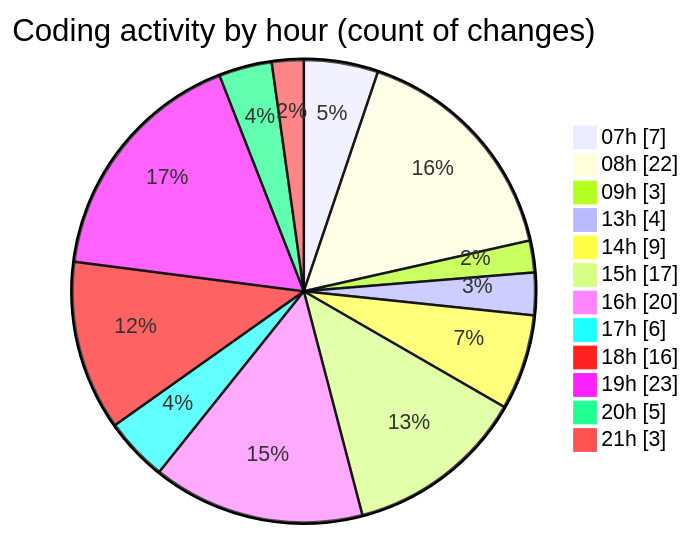
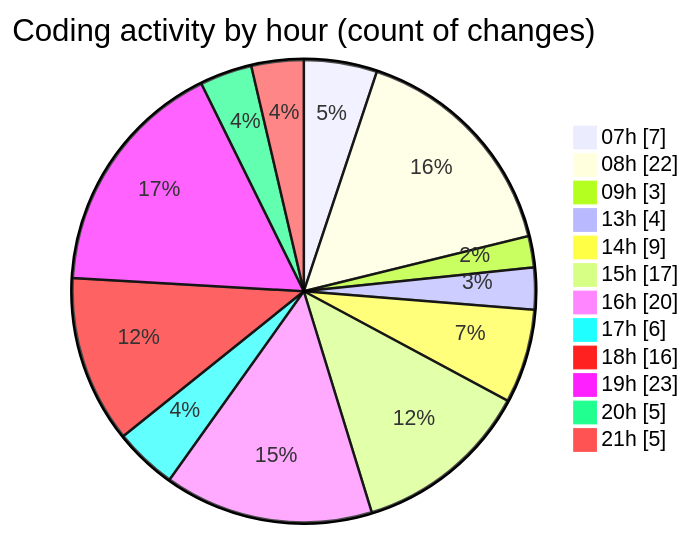
The second of 2 diagrams in 2025-05-04/niten/README.md (Elitesun/code-tracking), drawn with Mermaid before and after one commit. The commit also changed other lines of this file and 1 other file, not shown here.

````diff
--- a/2025-05-04/niten/README.md
+++ b/2025-05-04/niten/README.md
@@ -62,16 +63,16 @@
 ```mermaid
 pie showData
 title Coding activity by hour (count of changes)
 "07h" : 7
 "08h" : 22
 "09h" : 3
 "13h" : 4
 "14h" : 9
 "15h" : 17
 "16h" : 20
 "17h" : 6
 "18h" : 16
 "19h" : 23
 "20h" : 5
-"21h" : 3
+"21h" : 5
 ```
````
